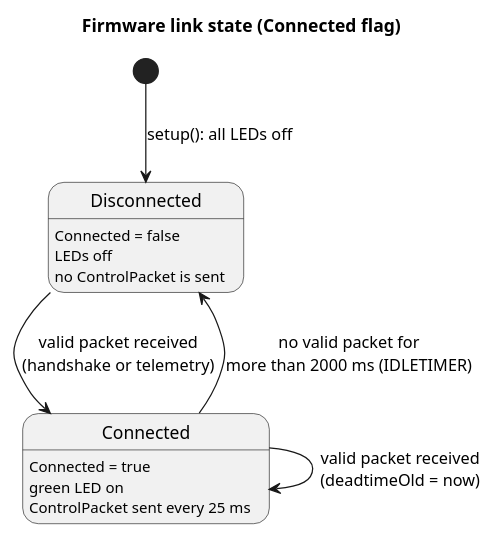
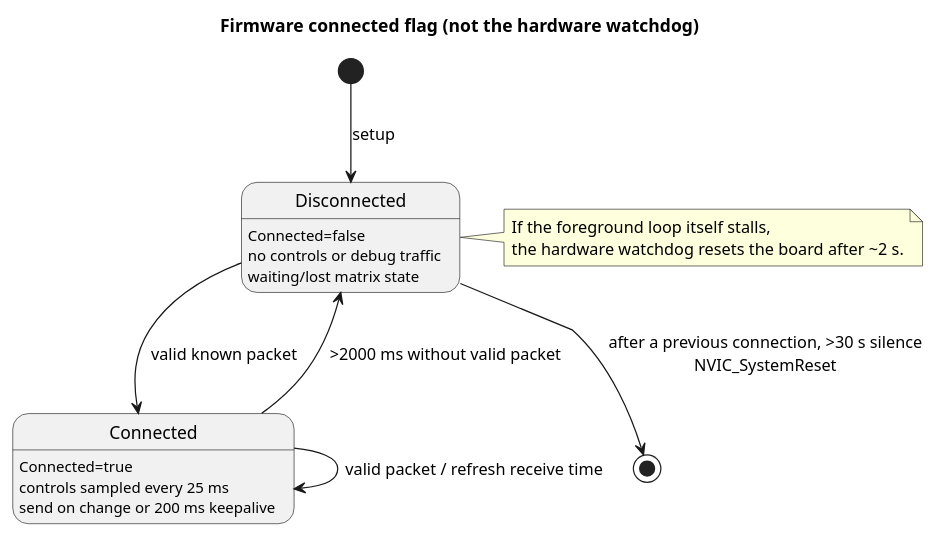
Before and after one commit to AlaNLrdE/KSPKontroller: the diagram in docs/diagrams/state_connection.puml, drawn with PlantUML. The commit also changed 43 other files, not shown here.

```diff
--- a/docs/diagrams/state_connection.puml
+++ b/docs/diagrams/state_connection.puml
@@ -1,12 +1,11 @@
 @startuml state_connection
-title Firmware link state (Connected flag)
-
-[*] --> Disconnected : setup(): all LEDs off
-
-state Disconnected : Connected = false\nLEDs off\nno ControlPacket is sent
-state Connected : Connected = true\ngreen LED on\nControlPacket sent every 25 ms
-
-Disconnected --> Connected : valid packet received\n(handshake or telemetry)
-Connected --> Connected : valid packet received\n(deadtimeOld = now)
-Connected --> Disconnected : no valid packet for\nmore than 2000 ms (IDLETIMER)
+title Firmware connected flag (not the hardware watchdog)
+[*] --> Disconnected : setup
+state Disconnected : Connected=false\nno controls or debug traffic\nwaiting/lost matrix state
+state Connected : Connected=true\ncontrols sampled every 25 ms\nsend on change or 200 ms keepalive
+Disconnected --> Connected : valid known packet
+Connected --> Connected : valid packet / refresh receive time
+Connected --> Disconnected : >2000 ms without valid packet
+Disconnected --> [*] : after a previous connection, >30 s silence\nNVIC_SystemReset
+note right of Disconnected : If the foreground loop itself stalls,\nthe hardware watchdog resets the board after ~2 s.
 @enduml
```
